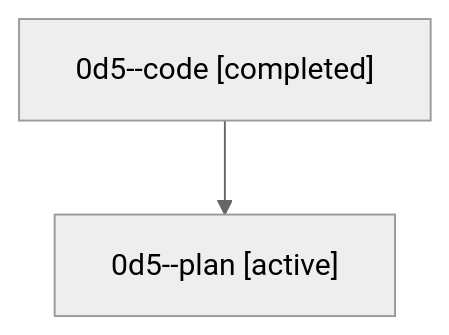
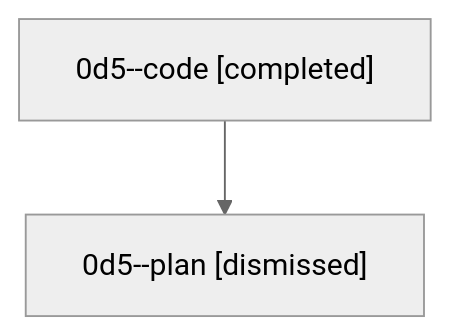
Before and after one commit to sase-org/sase--agents: the diagram in sessions/bbugyi200.athena.0d5.md, drawn with Mermaid (neutral theme). The commit also changed other lines of this file and 38 other files, not shown here.

````diff
--- a/sessions/bbugyi200.athena.0d5.md
+++ b/sessions/bbugyi200.athena.0d5.md
@@ -9,6 +9,6 @@
 ```mermaid
 flowchart TD
   n0["0d5--code [completed]"]
-  n1["0d5--plan [active]"]
+  n1["0d5--plan [dismissed]"]
   n0 --> n1
 ```
````
